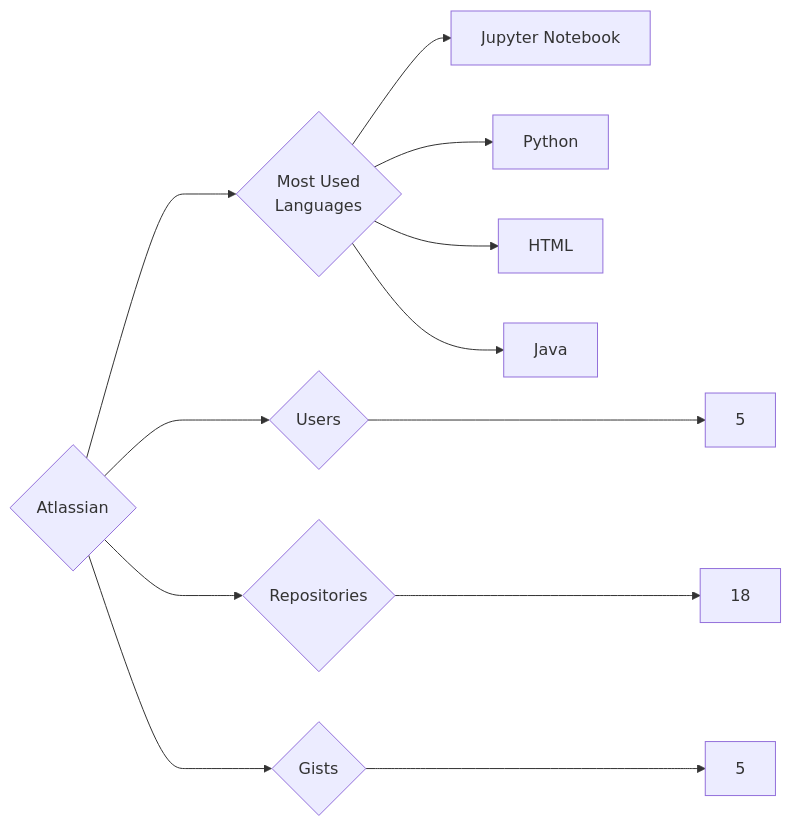
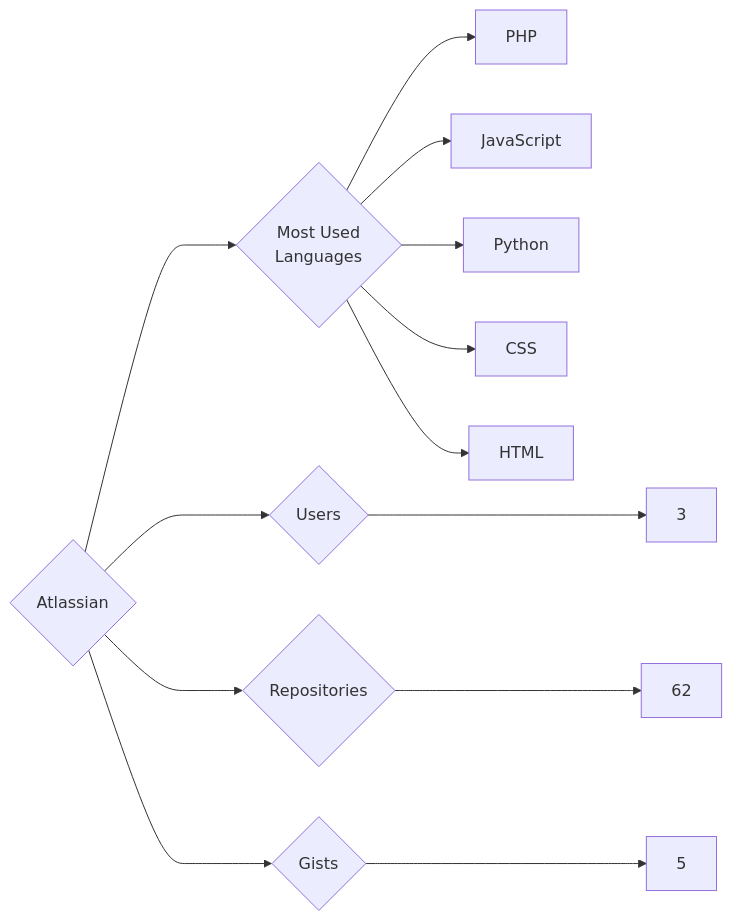
Before and after one commit to trickest/insiders: the diagram in targets/Atlassian/README.md, drawn with Mermaid. The commit also changed 1123 other files, not shown here.

````diff
--- a/targets/Atlassian/README.md
+++ b/targets/Atlassian/README.md
@@ -3,12 +3,13 @@
 ```mermaid
 graph LR
 COMPANY_NAME{Atlassian}
-COMPANY_NAME ---> U{Users} ---> UN[5]
-COMPANY_NAME ---> R{Repositories} ---> RN[18]
+COMPANY_NAME ---> U{Users} ---> UN[3]
+COMPANY_NAME ---> R{Repositories} ---> RN[62]
 COMPANY_NAME ---> G{Gists} ---> GN[5]
 COMPANY_NAME ---> ML{Most Used<br>Languages}
-ML --> Jupyter_Notebook[Jupyter Notebook]
+ML --> PHP[PHP]
+ML --> JavaScript[JavaScript]
 ML --> Python[Python]
+ML --> CSS[CSS]
 ML --> HTML[HTML]
-ML --> Java[Java]
 ```
````
